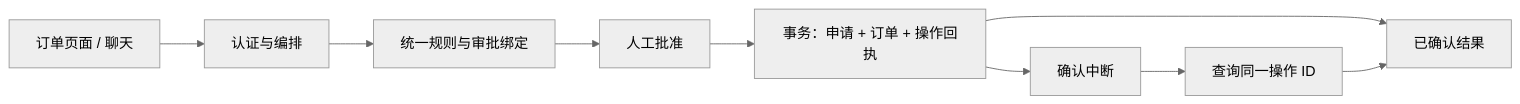
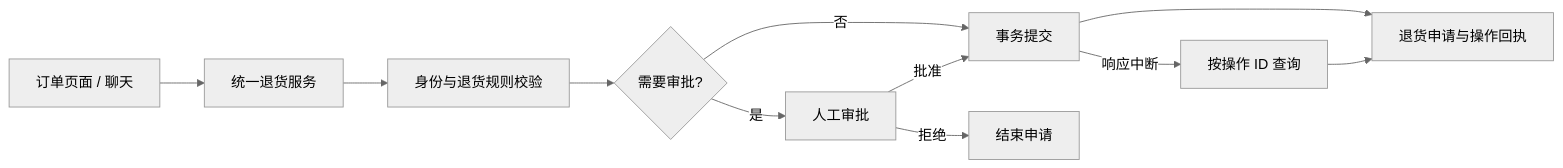
Before and after one commit to s1encisi/reliable-commerce-agents: the diagram in README.md, drawn with Mermaid (neutral theme). The commit also changed other lines of this file and 3 other files, not shown here.

````diff
--- a/README.md
+++ b/README.md
@@ -15,11 +25,13 @@
 ```mermaid
 flowchart LR
-  UI[订单页面 / 聊天] --> API[认证与编排]
-  API --> P[统一规则与审批绑定]
-  P --> A[人工批准]
-  A --> T[事务：申请 + 订单 + 操作回执]
-  T --> R[已确认结果]
-  T --> U[确认中断]
-  U --> Q[查询同一操作 ID]
+  UI[订单页面 / 聊天] --> S[统一退货服务]
+  S --> P[身份与退货规则校验]
+  P --> A{需要审批?}
+  A -->|是| H[人工审批]
+  A -->|否| T[事务提交]
+  H -->|批准| T
+  H -->|拒绝| D[结束申请]
+  T --> R[退货申请与操作回执]
+  T -->|响应中断| Q[按操作 ID 查询]
   Q --> R
 ```
````
